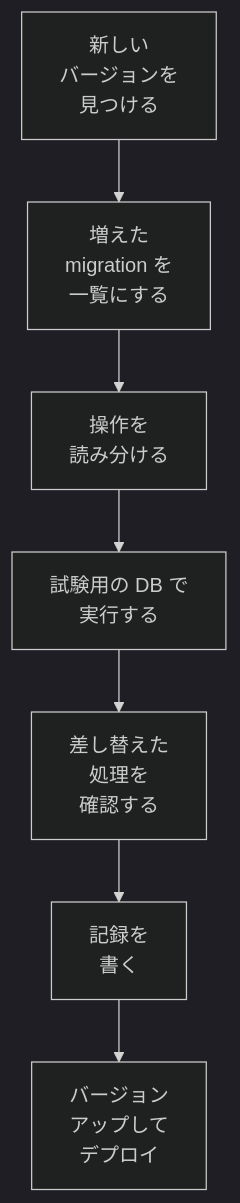
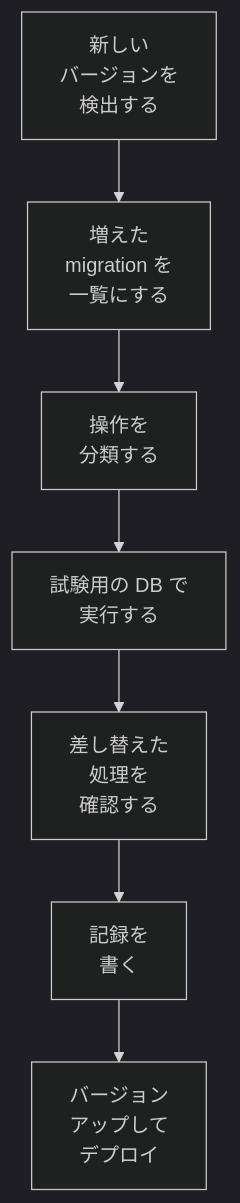
The diagram in docs/ja/upgrade.md (redmine-kit/serverless), drawn with Mermaid (dark theme) before and after one commit. The commit also changed other lines of this file and 19 other files, not shown here.

````diff
--- a/docs/ja/upgrade.md
+++ b/docs/ja/upgrade.md
@@ -9,9 +9,9 @@
 ```mermaid
 flowchart TD
-  a["新しい<br>バージョンを<br>見つける"] --> b["増えた<br>migration を<br>一覧にする"]
-  b --> c["操作を<br>読み分ける"]
+  a["新しい<br>バージョンを<br>検出する"] --> b["増えた<br>migration を<br>一覧にする"]
+  b --> c["操作を<br>分類する"]
   c --> d["試験用の DB で<br>実行する"]
   d --> e["差し替えた<br>処理を<br>確認する"]
   e --> f["記録を<br>書く"]
   f --> g["バージョン<br>アップして<br>デプロイ"]
 ```
````
